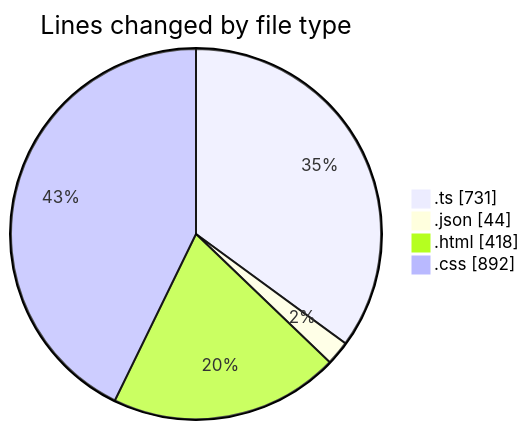
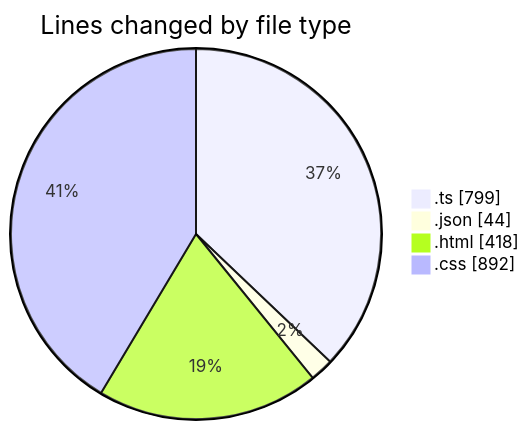
Before and after one commit to igalym/code-tracking: the first of 2 diagrams in 2026-06-16/cinema_3/README.md, drawn with Mermaid. The commit also changed other lines of this file and 1 other file, not shown here.

````diff
--- a/2026-06-16/cinema_3/README.md
+++ b/2026-06-16/cinema_3/README.md
@@ -27,8 +33,8 @@
 ```mermaid
 pie showData
 title Lines changed by file type
-".ts" : 731
+".ts" : 799
 ".json" : 44
 ".html" : 418
 ".css" : 892
 ```
````
